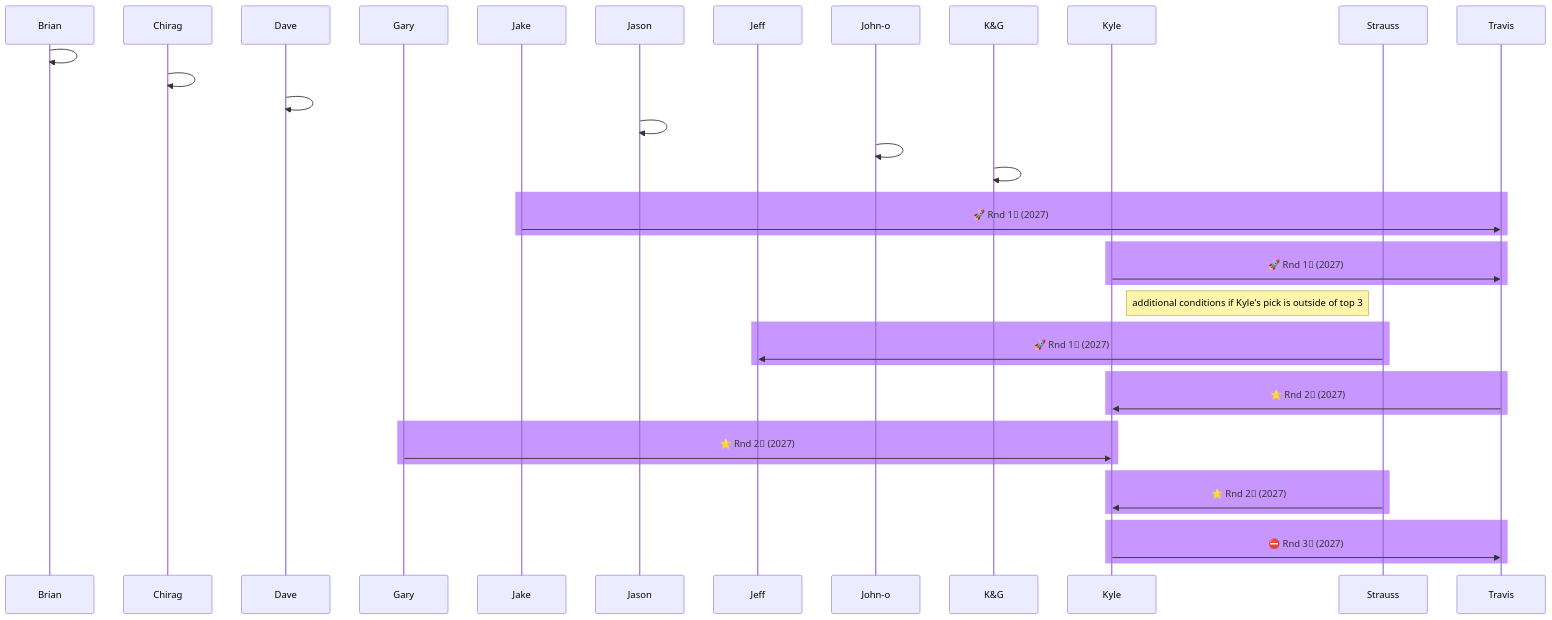
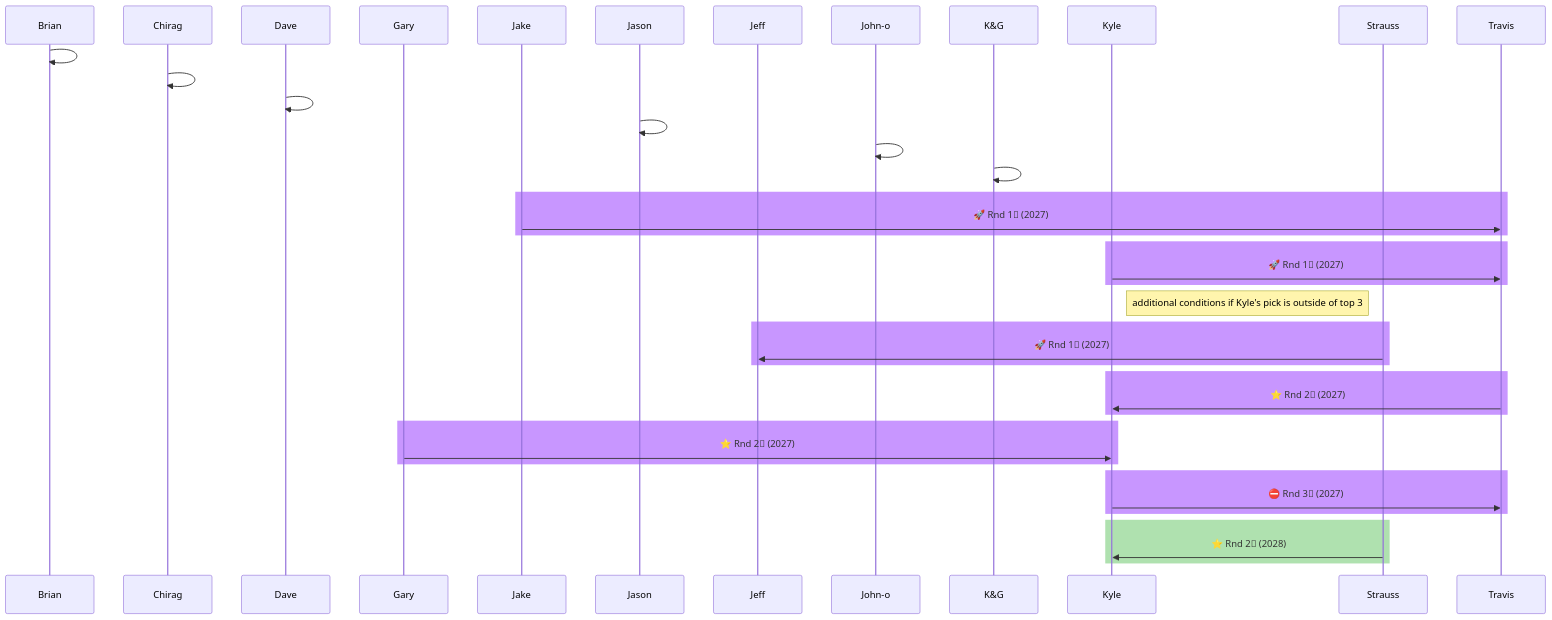
One commit to jtkulas/kittywampas changed the first of 2 diagrams in phantazee.qmd. Above: the diagram before and after it, drawn with Mermaid. The commit also changed 3 other files, not shown here.

Commit message:
Strauss -> Kyle changed to 2028

````diff
--- a/phantazee.qmd
+++ b/phantazee.qmd
@@ -50,49 +50,49 @@
 ```{mermaid}
 %%| mermaid-format: png
 %%| fig-width: 8
 %%| label: fig-current
 %%| fig-cap: "Individual drapht pick trades (2027 and onward)"
 sequenceDiagram
 participant Brian
 participant Chirag
 participant Dave
 participant Gary
 participant Jake
 participant Jason
 participant Jeff
 participant John-o
 participant K&G
 participant Kyle
 participant Strauss
 participant Travis
 Brian->>Brian:  
 Chirag->>Chirag:  
 Dave->>Dave:  
 Jason->>Jason:  
 John-o->>John-o:  
 K&G->>K&G:  
 
 rect rgb(200, 150, 255)
 Jake->>Travis: 🚀 Rnd 1⃣ (2027) 
 end
 rect rgb(200, 150, 255)
 Kyle->>Travis: 🚀 Rnd 1⃣ (2027) 
 end
 Note right of Kyle: additional conditions if Kyle's pick is outside of top 3
 rect rgb(200, 150, 255)
 Strauss->>Jeff: 🚀 Rnd 1⃣ (2027) 
 end
 rect rgb(200, 150, 255)
 Travis->>Kyle: ⭐ Rnd 2⃣ (2027)
 end
 rect rgb(200, 150, 255)
 Gary->>Kyle: ⭐ Rnd 2⃣ (2027)
 end
 rect rgb(200, 150, 255)
-Strauss->>Kyle: ⭐ Rnd 2⃣ (2027)
+Kyle->>Travis: ⛔ Rnd 3⃣ (2027)
 end
-rect rgb(200, 150, 255)
-Kyle->>Travis: ⛔ Rnd 3⃣ (2027)
+rect rgb(175, 225, 175)
+Strauss->>Kyle: ⭐ Rnd 2⃣ (2028)
 end
 
 ```
````
